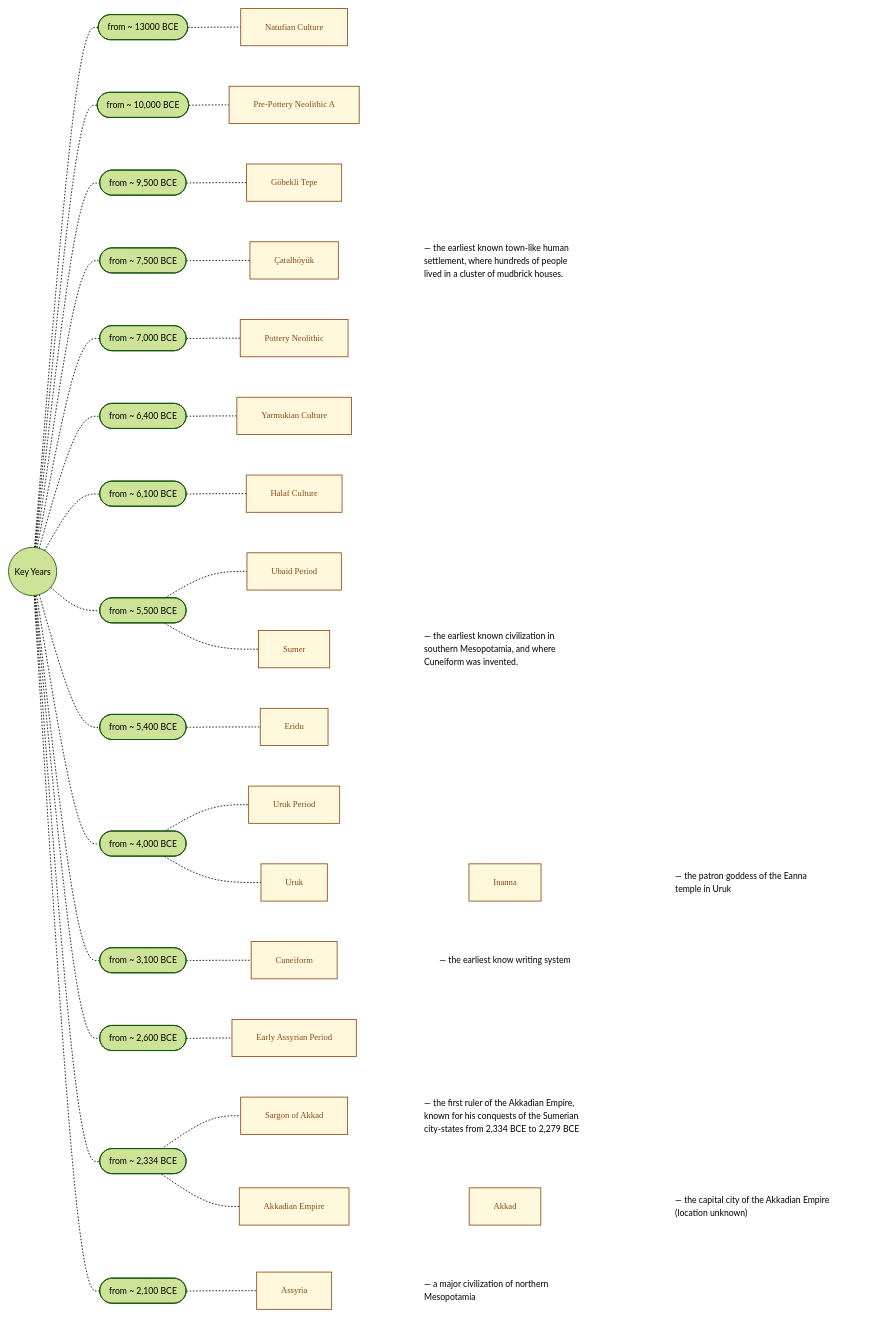
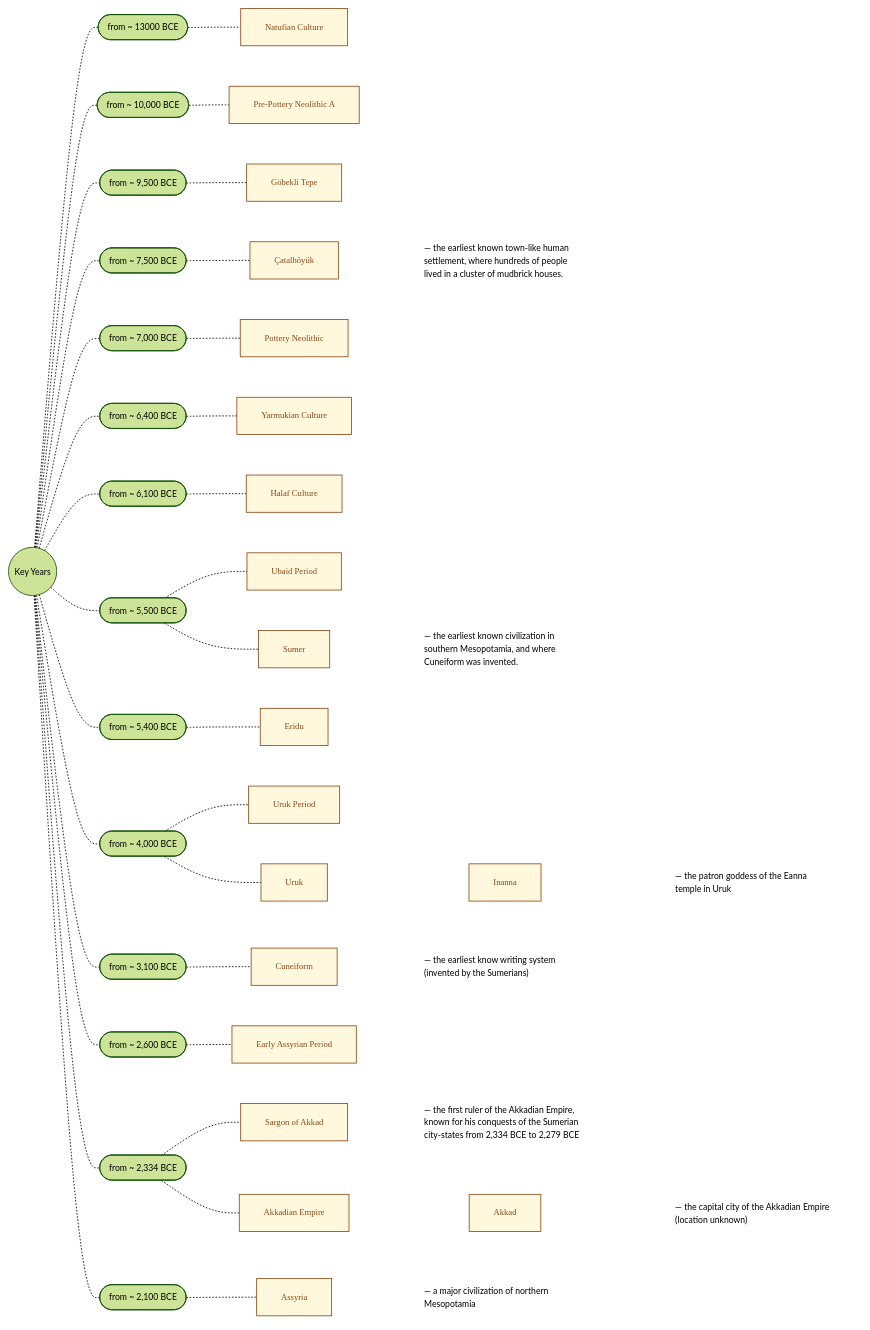
One commit to joe-dorward/samples changed the diagram in 0000_General/mesopotamian_timeline_v1.01.md. Above: the diagram before and after it, drawn with Mermaid.

```diff
--- a/0000_General/mesopotamian_timeline_v1.01.md
+++ b/0000_General/mesopotamian_timeline_v1.01.md
@@ -64,7 +64,7 @@
 
       3100([from ~ 3,100 BCE])
             CUNEIFORM[Cuneiform]
-            CUNEIFORM_NOTE[#151; the earliest know writing system]
+            CUNEIFORM_NOTE["#151; the earliest know writing system (invented by the Sumerians)"]
             click CUNEIFORM "https://en.wikipedia.org/wiki/Cuneiform" _blank
 
 
```
